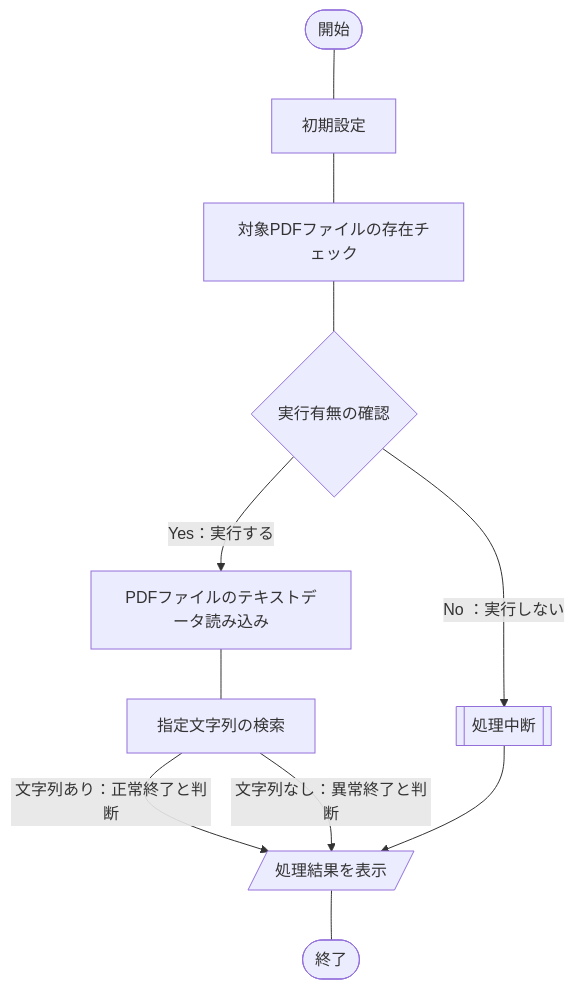
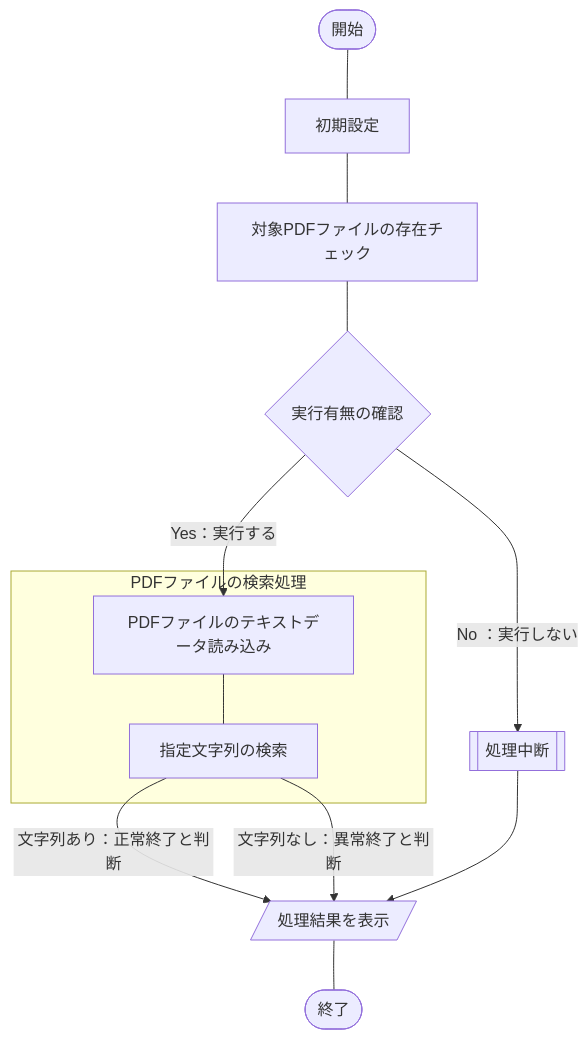
The diagram in articles/cad8b141202136.md (akiGAMEBOY/haretokidoki_zn), drawn with Mermaid before and after one commit. The commit also changed other lines of this file, not shown here.

````diff
--- a/articles/cad8b141202136.md
+++ b/articles/cad8b141202136.md
@@ -61,13 +62,15 @@
 ```mermaid
 flowchart TB
     A(["開始"]) --- B["初期設定"]
     B --- C["対象PDFファイルの存在チェック"]
     C --- D{"実行有無の確認"}
     D --> |"Yes：実行する"| E["PDFファイルのテキストデータ読み込み"]
     D --> |"No ：実行しない"| X[["処理中断"]]
+    subgraph "PDFファイルの検索処理"
     E --- F["指定文字列の検索"]
+    end
     F --> |"文字列あり：正常終了と判断"| G[/"処理結果を表示"/]
     F --> |"文字列なし：異常終了と判断"| G    
     X --> G
     G --- H(["終了"])
 ```
````
